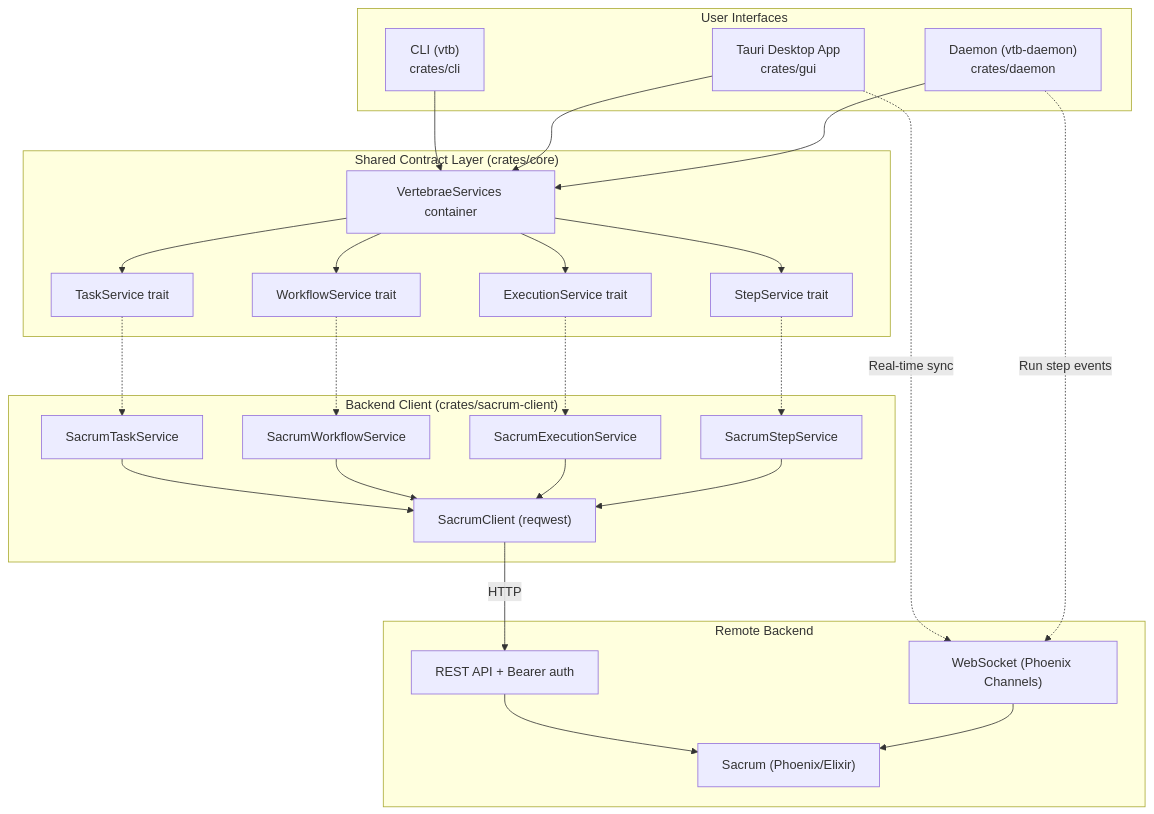
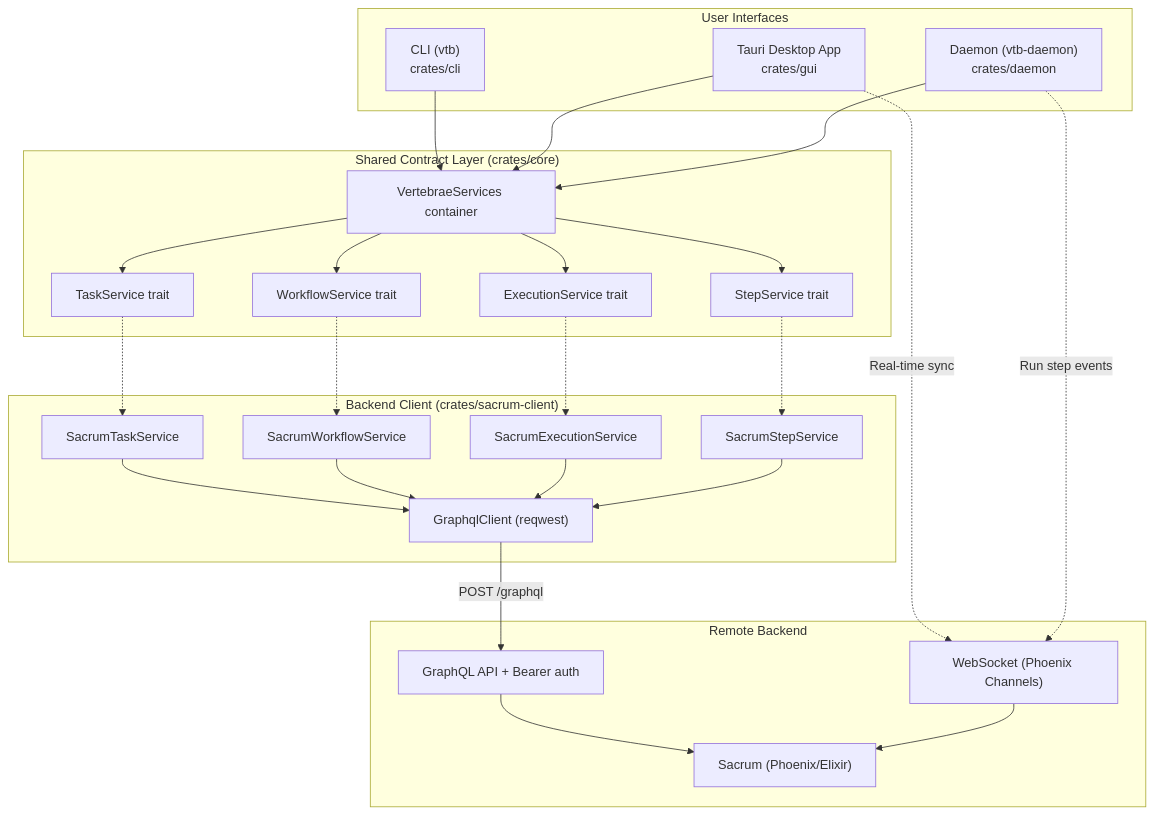
Before and after one commit to CamonZ/vertebrae: the diagram in docs/architecture.md, drawn with Mermaid. The commit also changed other lines of this file and 8 other files, not shown here.

````diff
--- a/docs/architecture.md
+++ b/docs/architecture.md
@@ -18,47 +18,47 @@
 ```mermaid
 flowchart TB
     subgraph "User Interfaces"
         CLI["CLI (vtb)<br/>crates/cli"]
         GUI["Tauri Desktop App<br/>crates/gui"]
         Daemon["Daemon (vtb-daemon)<br/>crates/daemon"]
     end
 
     subgraph "Shared Contract Layer (crates/core)"
         TS["TaskService trait"]
         WS["WorkflowService trait"]
         ES["ExecutionService trait"]
         SS["StepService trait"]
         VSvc["VertebraeServices container"]
     end
 
     subgraph "Backend Client (crates/sacrum-client)"
-        SC["SacrumClient (reqwest)"]
+        SC["GraphqlClient (reqwest)"]
         STS["SacrumTaskService"]
         SWS["SacrumWorkflowService"]
         SES["SacrumExecutionService"]
         SSS["SacrumStepService"]
     end
 
     subgraph "Remote Backend"
         Sacrum["Sacrum (Phoenix/Elixir)"]
-        REST["REST API + Bearer auth"]
+        GQL["GraphQL API + Bearer auth"]
         WS2["WebSocket (Phoenix Channels)"]
     end
 
     CLI --> VSvc
     GUI --> VSvc
     Daemon --> VSvc
 
     VSvc --> TS & WS & ES & SS
     TS -.-> STS
     WS -.-> SWS
     ES -.-> SES
     SS -.-> SSS
 
     STS & SWS & SES & SSS --> SC
-    SC -->|HTTP| REST --> Sacrum
+    SC -->|POST /graphql| GQL --> Sacrum
 
     GUI -.->|Real-time sync| WS2
     Daemon -.->|Run step events| WS2
     WS2 --> Sacrum
 ```
````
